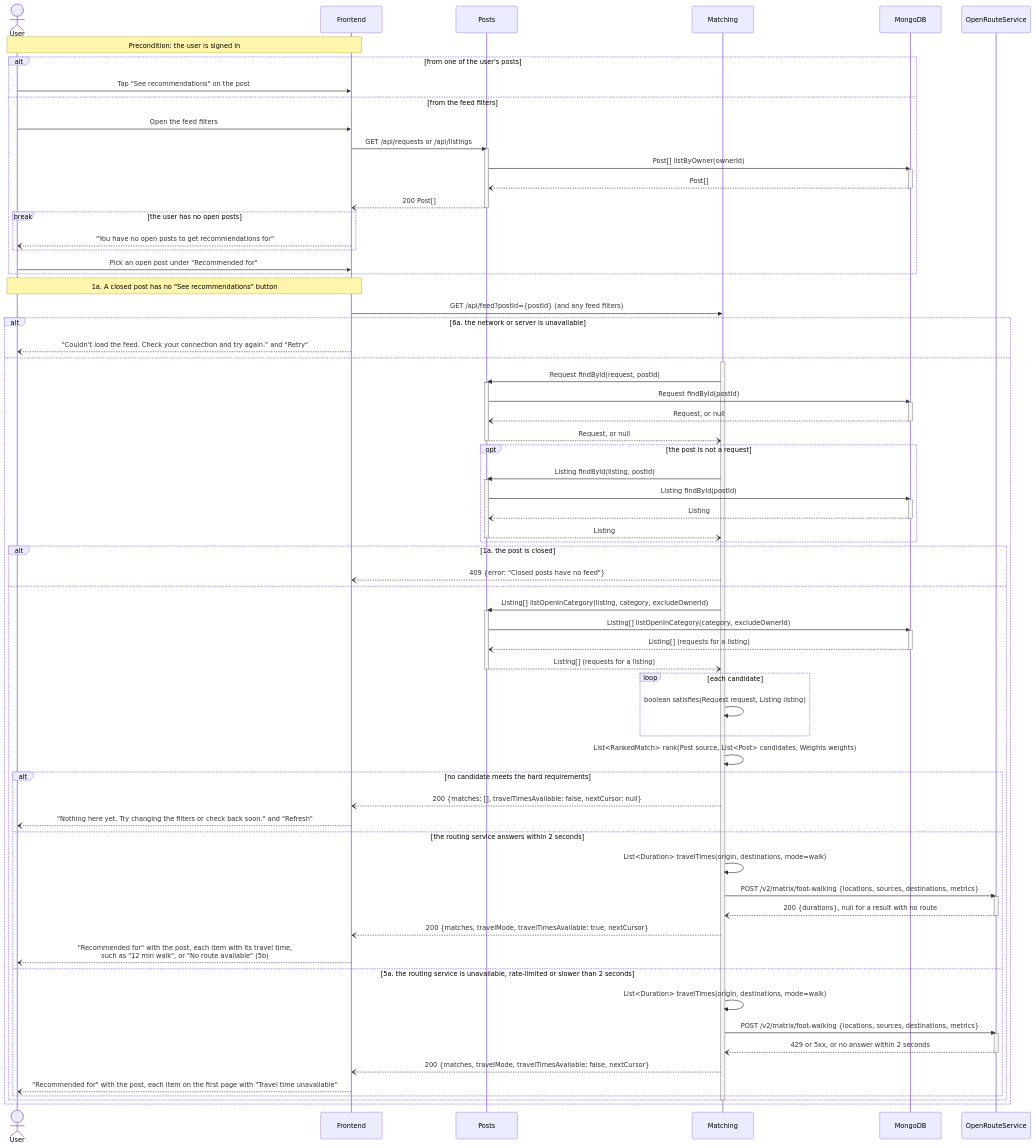
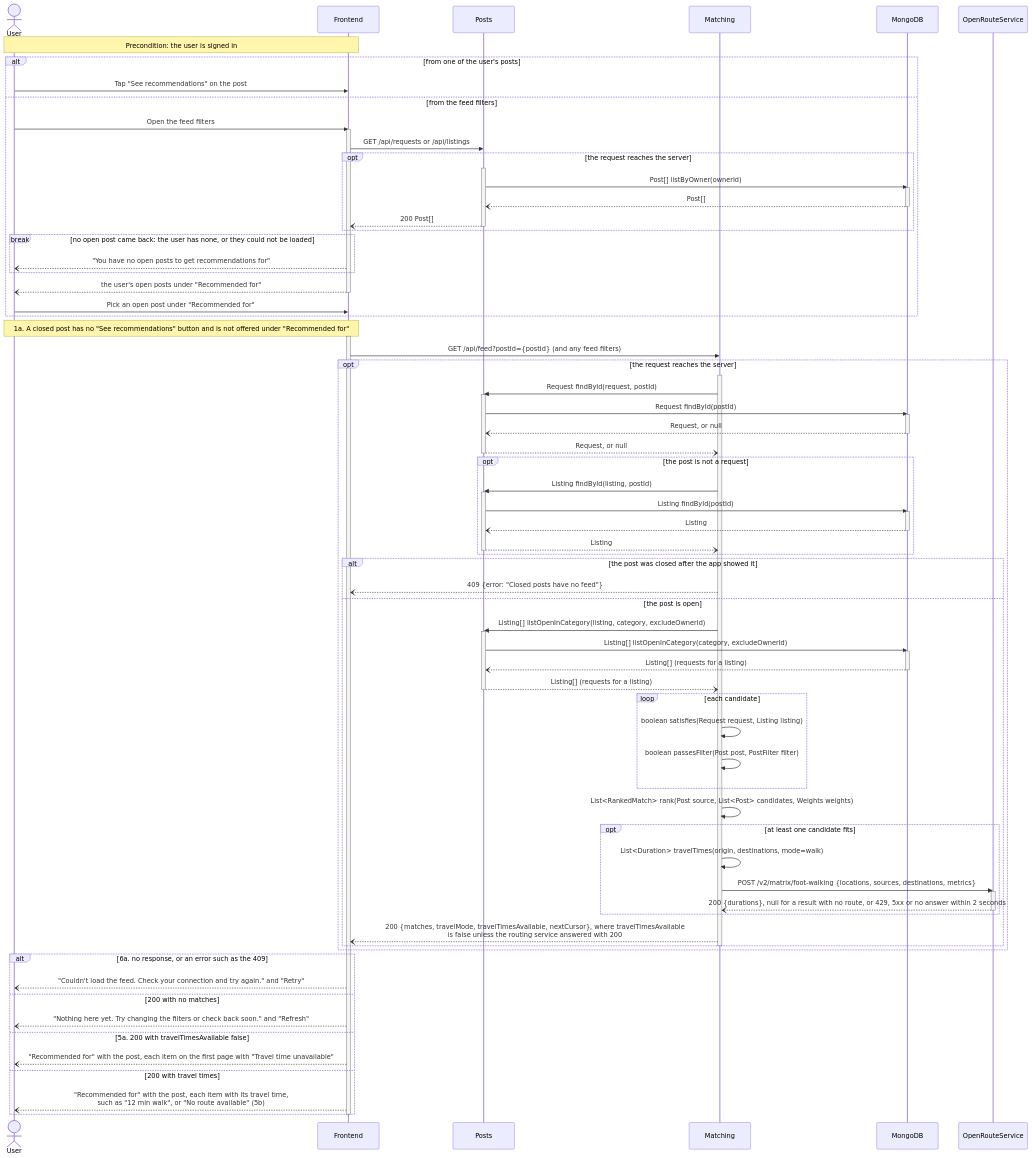
One commit to m1lun/MatchMarket changed the fourth of 6 diagrams in documentation/Requirements_and_Design.md. Above: the diagram before and after it, drawn with Mermaid. The commit also changed other lines of this file and 12 other files, not shown here.

````diff
--- a/documentation/Requirements_and_Design.md
+++ b/documentation/Requirements_and_Design.md
@@ -770,24 +795,28 @@
         U->>FE: Tap "See recommendations" on the post
     else from the feed filters
         U->>FE: Open the feed filters
+        activate FE
         FE->>P: GET /api/requests or /api/listings
-        activate P
-        P->>DB: Post[] listByOwner(ownerId)
-        activate DB
-        DB--)P: Post[]
-        deactivate DB
-        P--)FE: 200 Post[]
-        deactivate P
-        break the user has no open posts
+        opt the request reaches the server
+            activate P
+            P->>DB: Post[] listByOwner(ownerId)
+            activate DB
+            DB--)P: Post[]
+            deactivate DB
+            P--)FE: 200 Post[]
+            deactivate P
+        end
+        break no open post came back: the user has none, or they could not be loaded
             FE--)U: "You have no open posts to get recommendations for"
         end
+        FE--)U: the user's open posts under "Recommended for"
+        deactivate FE
         U->>FE: Pick an open post under "Recommended for"
     end
-    Note over U,FE: 1a. A closed post has no "See recommendations" button
+    Note over U,FE: 1a. A closed post has no "See recommendations" button and is not offered under "Recommended for"
+    activate FE
     FE->>M: GET /api/feed?postId={postId} (and any feed filters)
-    alt 6a. the network or server is unavailable
-        FE--)U: "Couldn't load the feed. Check your connection and try again." and "Retry"
-    else
+    opt the request reaches the server
         activate M
         M->>P: Request findById(request, postId)
         activate P
@@ -807,9 +836,9 @@
             P--)M: Listing
             deactivate P
         end
-        alt 1a. the post is closed
+        alt the post was closed after the app showed it
             M--)FE: 409 {error: "Closed posts have no feed"}
-        else
+        else the post is open
             M->>P: Listing[] listOpenInCategory(listing, category, excludeOwnerId)
             activate P
             P->>DB: Listing[] listOpenInCategory(category, excludeOwnerId)
@@ -820,29 +849,28 @@
             deactivate P
             loop each candidate
                 M->>M: boolean satisfies(Request request, Listing listing)
+                M->>M: boolean passesFilter(Post post, PostFilter filter)
             end
             M->>M: List#lt;RankedMatch#gt; rank(Post source, List#lt;Post#gt; candidates, Weights weights)
-            alt no candidate meets the hard requirements
-                M--)FE: 200 {matches: [], travelTimesAvailable: false, nextCursor: null}
-                FE--)U: "Nothing here yet. Try changing the filters or check back soon." and "Refresh"
-            else the routing service answers within 2 seconds
+            opt at least one candidate fits
                 M->>M: List#lt;Duration#gt; travelTimes(origin, destinations, mode=walk)
                 M->>ORS: POST /v2/matrix/foot-walking {locations, sources, destinations, metrics}
                 activate ORS
-                ORS--)M: 200 {durations}, null for a result with no route
+                ORS--)M: 200 {durations}, null for a result with no route, or 429, 5xx or no answer within 2 seconds
                 deactivate ORS
-                M--)FE: 200 {matches, travelMode, travelTimesAvailable: true, nextCursor}
-                FE--)U: "Recommended for" with the post, each item with its travel time,<br/>such as "12 min walk", or "No route available" (5b)
-            else 5a. the routing service is unavailable, rate-limited or slower than 2 seconds
-                M->>M: List#lt;Duration#gt; travelTimes(origin, destinations, mode=walk)
-                M->>ORS: POST /v2/matrix/foot-walking {locations, sources, destinations, metrics}
-                activate ORS
-                ORS--)M: 429 or 5xx, or no answer within 2 seconds
-                deactivate ORS
-                M--)FE: 200 {matches, travelMode, travelTimesAvailable: false, nextCursor}
-                FE--)U: "Recommended for" with the post, each item on the first page with "Travel time unavailable"
             end
+            M--)FE: 200 {matches, travelMode, travelTimesAvailable, nextCursor}, where travelTimesAvailable<br/>is false unless the routing service answered with 200
         end
         deactivate M
     end
+    alt 6a. no response, or an error such as the 409
+        FE--)U: "Couldn't load the feed. Check your connection and try again." and "Retry"
+    else 200 with no matches
+        FE--)U: "Nothing here yet. Try changing the filters or check back soon." and "Refresh"
+    else 5a. 200 with travelTimesAvailable false
+        FE--)U: "Recommended for" with the post, each item on the first page with "Travel time unavailable"
+    else 200 with travel times
+        FE--)U: "Recommended for" with the post, each item with its travel time,<br/>such as "12 min walk", or "No route available" (5b)
+    end
+    deactivate FE
 ```
````
